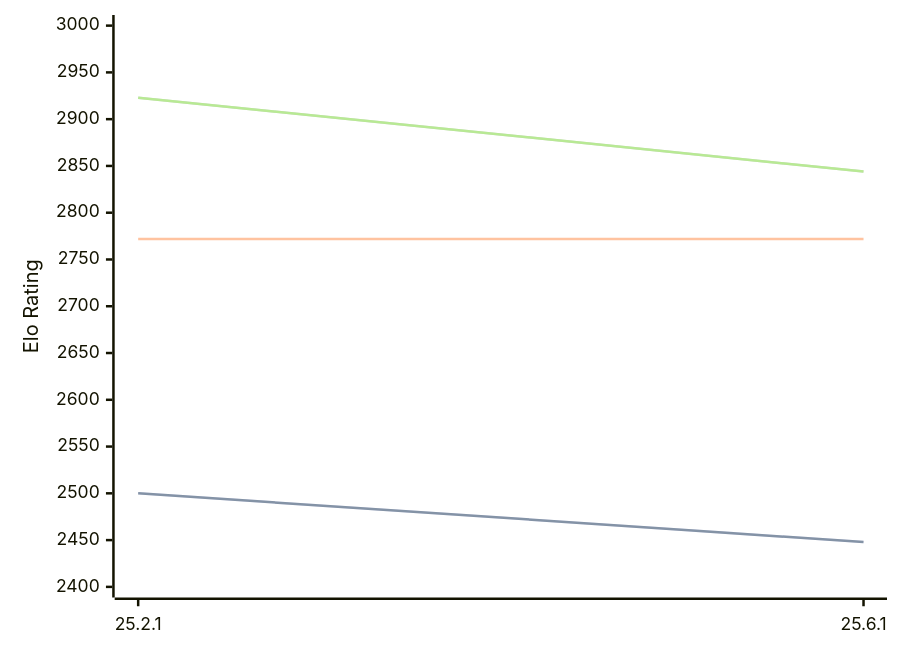
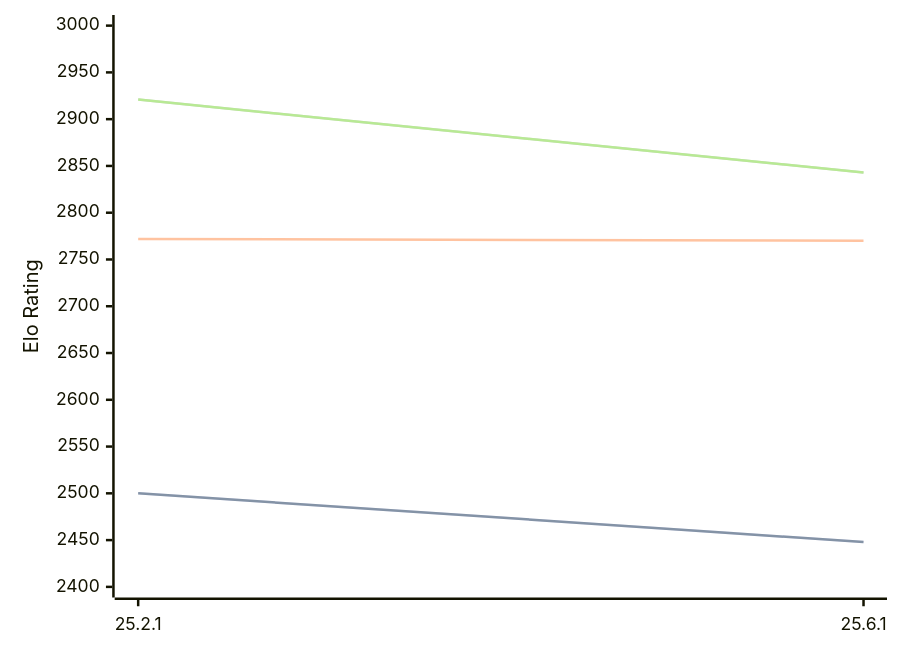
One commit to computer-chess-index/cci changed the diagram in engines/Crafty.md. Above: the diagram before and after it, drawn with Mermaid. The commit also changed other lines of this file, not shown here.

Commit message:
Update CCI Ratings (ELO VLTC) - 2026-07-27

````diff
--- a/engines/Crafty.md
+++ b/engines/Crafty.md
@@ -32,11 +32,11 @@
 ```mermaid
 %%{init: {"theme":"base","themeVariables":{"seriesColors:['#a3a3a3','#222221','#faa371']}}}%%
 xychart-beta
   x-axis ["25.2.1", "25.6.1"]
   y-axis "Elo Rating" 2400 --> 3000
   line "STC (8.0+0.08s)" [2500, 2448]
   line "STC (8.0+0.08s)" [2500, 2448]
-  line "LTC (60.0+0.60s)" [2772, 2772]
-  line "VLTC (2m24s+1.12s)" [2923, 2844]
-  line "VLTC (2m24s+1.12s)" [2923, 2844]
+  line "LTC (60.0+0.60s)" [2772, 2770]
+  line "VLTC (2m24s+1.12s)" [2921, 2843]
+  line "VLTC (2m24s+1.12s)" [2921, 2843]
 ```
````
